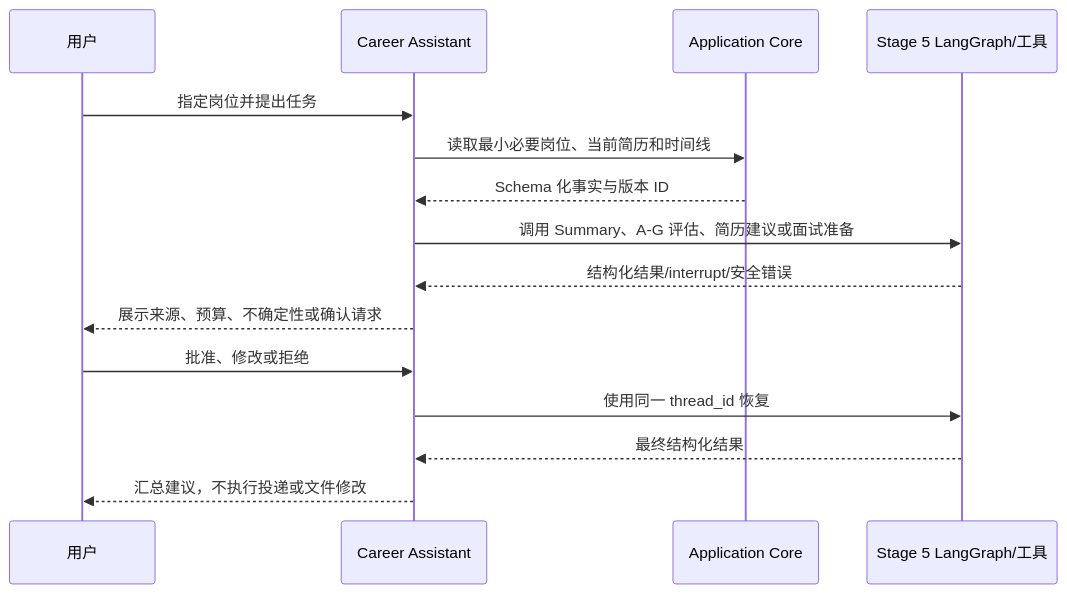
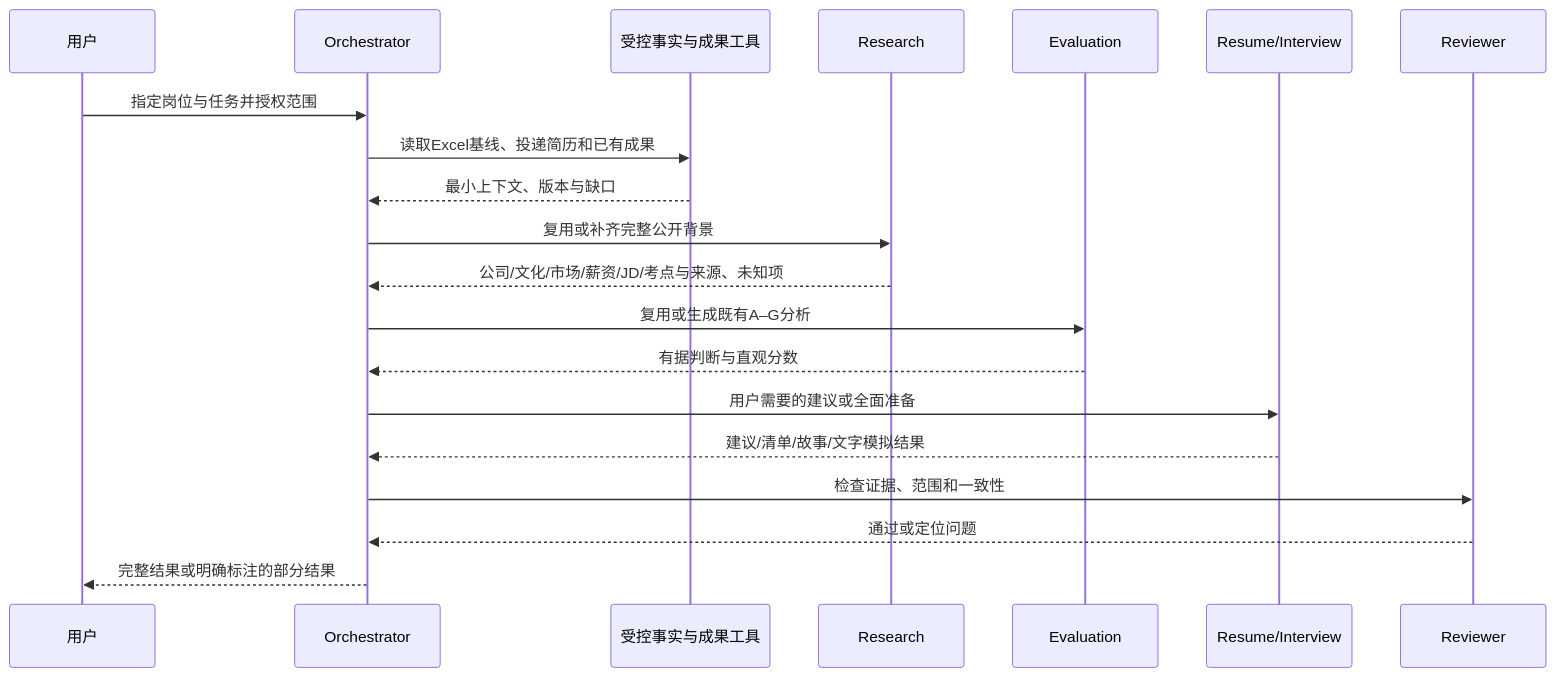
Before and after one commit to YUNJIDU/Careerpilot: the diagram in plan/map/flow-04-multi-agent-sequence.md, drawn with Mermaid. The commit also changed other lines of this file and 52 other files, not shown here.

````diff
--- a/plan/map/flow-04-multi-agent-sequence.md
+++ b/plan/map/flow-04-multi-agent-sequence.md
@@ -5,18 +5,22 @@
 ```mermaid
 sequenceDiagram
     participant U as 用户
-    participant A as Career Assistant
-    participant C as Application Core
-    participant G as Stage 5 LangGraph/工具
-
-    U->>A: 指定岗位并提出任务
-    A->>C: 读取最小必要岗位、当前简历和时间线
-    C-->>A: Schema 化事实与版本 ID
-    A->>G: 调用 Summary、A-G 评估、简历建议或面试准备
-    G-->>A: 结构化结果/interrupt/安全错误
-    A-->>U: 展示来源、预算、不确定性或确认请求
-    U->>A: 批准、修改或拒绝
-    A->>G: 使用同一 thread_id 恢复
-    G-->>A: 最终结构化结果
-    A-->>U: 汇总建议，不执行投递或文件修改
+    participant O as Orchestrator
+    participant C as 受控事实与成果工具
+    participant R as Research
+    participant E as Evaluation
+    participant P as Resume/Interview
+    participant V as Reviewer
+    U->>O: 指定岗位与任务并授权范围
+    O->>C: 读取Excel基线、投递简历和已有成果
+    C-->>O: 最小上下文、版本与缺口
+    O->>R: 复用或补齐完整公开背景
+    R-->>O: 公司/文化/市场/薪资/JD/考点与来源、未知项
+    O->>E: 复用或生成既有A–G分析
+    E-->>O: 有据判断与直观分数
+    O->>P: 用户需要的建议或全面准备
+    P-->>O: 建议/清单/故事/文字模拟结果
+    O->>V: 检查证据、范围和一致性
+    V-->>O: 通过或定位问题
+    O-->>U: 完整结果或明确标注的部分结果
 ```
````
